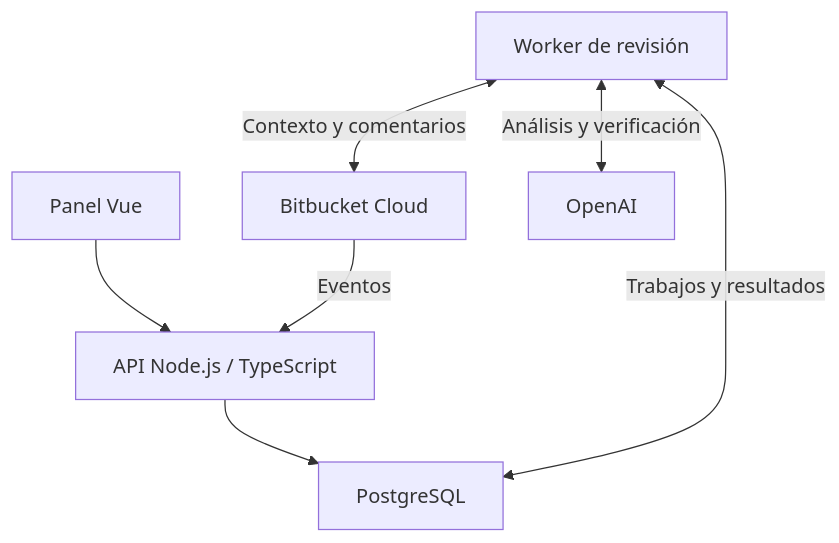
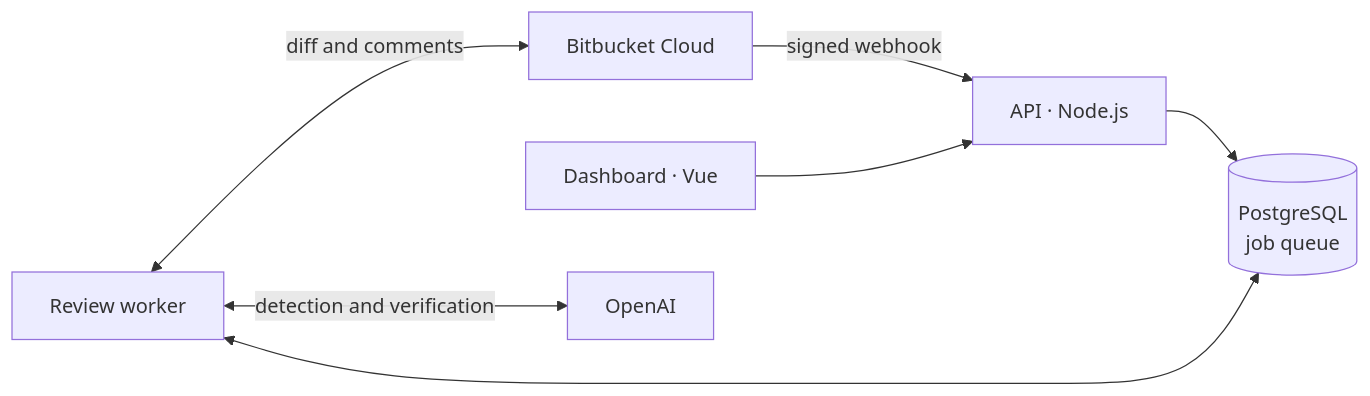
The diagram in README.md (Dasge97/sancho), drawn with Mermaid before and after one commit. The commit also changed other lines of this file and 15 other files, not shown here.

````diff
--- a/README.md
+++ b/README.md
@@ -129,9 +128,9 @@
 ```mermaid
-flowchart TD
-    Panel["Panel Vue"] --> API["API Node.js / TypeScript"]
-    Bitbucket["Bitbucket Cloud"] -->|Eventos| API
-    API --> DB["PostgreSQL"]
-    Worker["Worker de revisión"] <-->|Trabajos y resultados| DB
-    Worker <-->|Contexto y comentarios| Bitbucket
-    Worker <-->|Análisis y verificación| IA["OpenAI"]
+flowchart LR
+    BB["Bitbucket Cloud"] -->|signed webhook| API["API · Node.js"]
+    Panel["Dashboard · Vue"] --> API
+    API --> DB[("PostgreSQL<br>job queue")]
+    Worker["Review worker"] <--> DB
+    Worker <-->|diff and comments| BB
+    Worker <-->|detection and verification| AI["OpenAI"]
 ```
````
